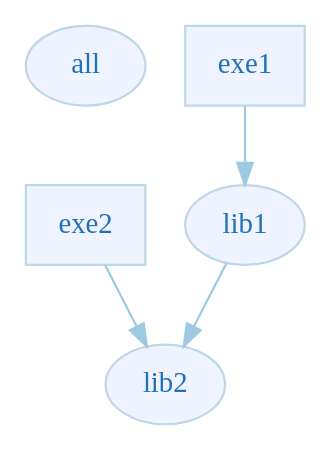
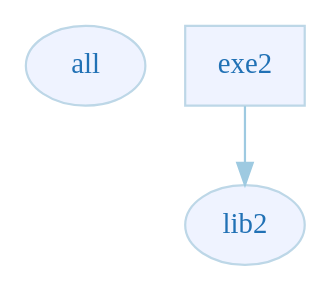
The diagram in exe2-uses.dot (claremacrae/project_dependencies_viz), drawn with Graphviz before and after one commit. The commit also changed 7 other files, not shown here.

```diff
--- a/exe2-uses.dot
+++ b/exe2-uses.dot
@@ -1,32 +1,28 @@
 digraph G {
     fontname="sans-serif";
     penwidth="0.1";
     edge [comment="Wildcard edge", 
           fontname="sans-serif", 
           fontsize=10, 
           colorscheme="blues3", 
           color=2, 
           fontcolor=3];
     node [fontname="serif", 
           fontsize=13, 
           fillcolor="1", 
           colorscheme="blues4", 
           color="2", 
           fontcolor="4", 
           style="filled"];
     subgraph "contents" {
         rankdir="LR";
         style="solid";
         margin="0.5";
         edge [comment="subgraph edge wildcard"];
         node [comment="subgraph node wildcard"];
         "all" [URL="all.svg"];
     }
-    "lib1" [URL="lib1-uses.svg"];
     "lib2" [URL="lib2-uses.svg"];
-    "lib1" -> "lib2";
-    "exe1" [shape="box" URL="exe1-uses.svg"];
     "exe2" [shape="box" URL="exe2-uses.svg"];
-    "exe1" -> "lib1";
     "exe2" -> "lib2";
 }
```
